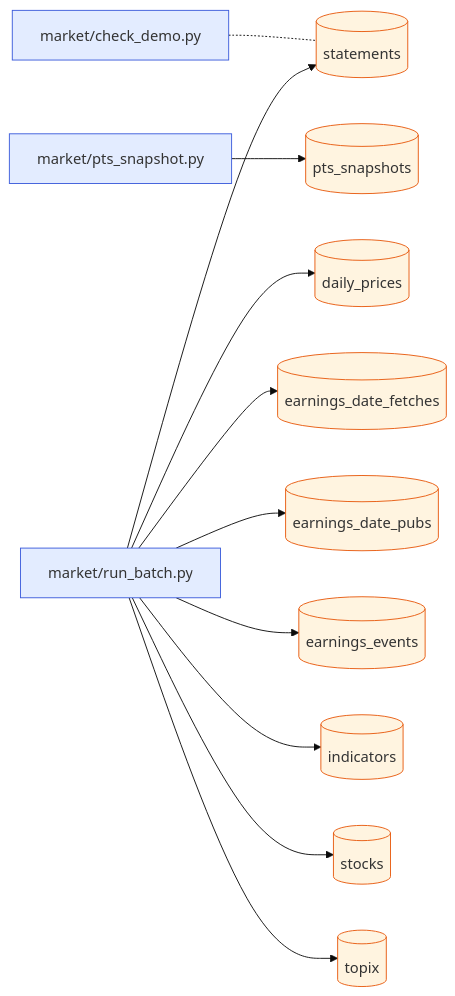
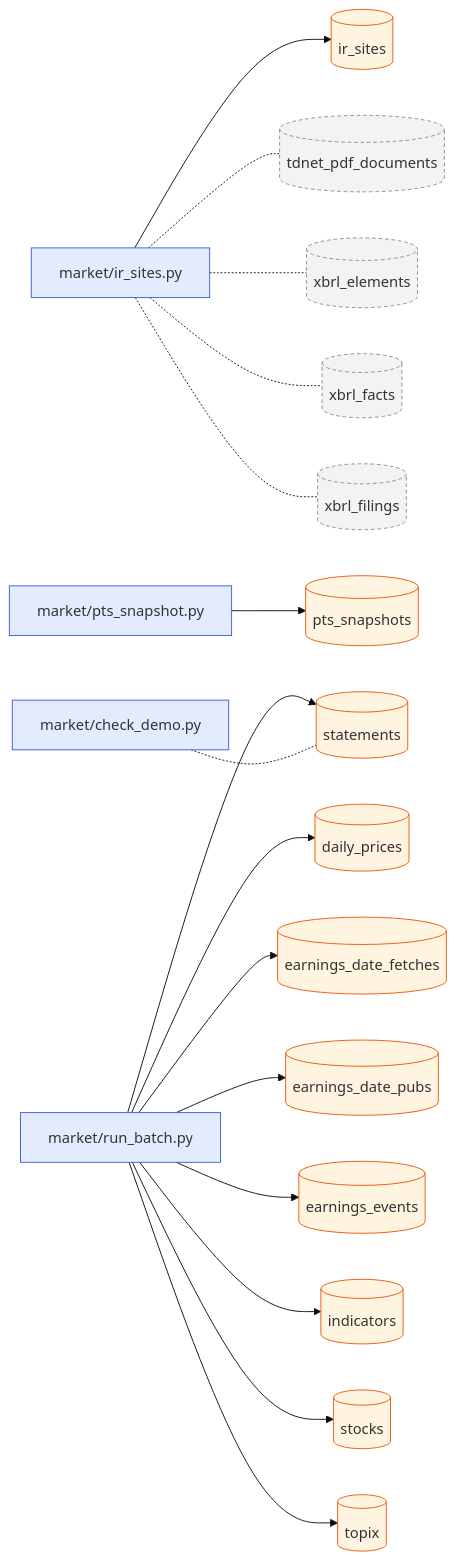
The first of 2 diagrams in docs/dataflow/market.md (pekumirui/stock-analyzer), drawn with Mermaid (base theme) before and after one commit. The commit also changed other lines of this file and 5 other files, not shown here.

````diff
--- a/docs/dataflow/market.md
+++ b/docs/dataflow/market.md
@@ -9,29 +9,40 @@
 ```mermaid
 flowchart LR
   n0["market/check_demo.py"]:::job
-  n1["market/pts_snapshot.py"]:::job
-  n2["market/run_batch.py"]:::job
-  n3[("daily_prices")]:::tbl
-  n4[("earnings_date_fetches")]:::tbl
-  n5[("earnings_date_pubs")]:::tbl
-  n6[("earnings_events")]:::tbl
-  n7[("indicators")]:::tbl
-  n8[("pts_snapshots")]:::tbl
-  n9[("statements")]:::tbl
-  n10[("stocks")]:::tbl
-  n11[("topix")]:::tbl
-  n0 -.- n9
-  n1 --> n8
-  n2 --> n3
-  n2 --> n4
-  n2 --> n5
-  n2 --> n6
-  n2 --> n7
-  n2 --> n9
+  n1["market/ir_sites.py"]:::job
+  n2["market/pts_snapshot.py"]:::job
+  n3["market/run_batch.py"]:::job
+  n4[("daily_prices")]:::tbl
+  n5[("earnings_date_fetches")]:::tbl
+  n6[("earnings_date_pubs")]:::tbl
+  n7[("earnings_events")]:::tbl
+  n8[("indicators")]:::tbl
+  n9[("ir_sites")]:::tbl
+  n10[("pts_snapshots")]:::tbl
+  n11[("statements")]:::tbl
+  n12[("stocks")]:::tbl
+  n13[("tdnet_pdf_documents")]:::ext
+  n14[("topix")]:::tbl
+  n15[("xbrl_elements")]:::ext
+  n16[("xbrl_facts")]:::ext
+  n17[("xbrl_filings")]:::ext
+  n0 -.- n11
+  n1 --> n9
+  n1 -.- n13
+  n1 -.- n15
+  n1 -.- n16
+  n1 -.- n17
   n2 --> n10
-  n2 --> n11
+  n3 --> n4
+  n3 --> n5
+  n3 --> n6
+  n3 --> n7
+  n3 --> n8
+  n3 --> n11
+  n3 --> n12
+  n3 --> n14
   classDef job fill:#e3ecff,stroke:#3b5bdb
   classDef api fill:#e6f7ec,stroke:#2b8a3e
   classDef tbl fill:#fff4e0,stroke:#e8590c
   classDef ext fill:#f1f3f5,stroke:#868e96,stroke-dasharray:4 3
 ```
````
